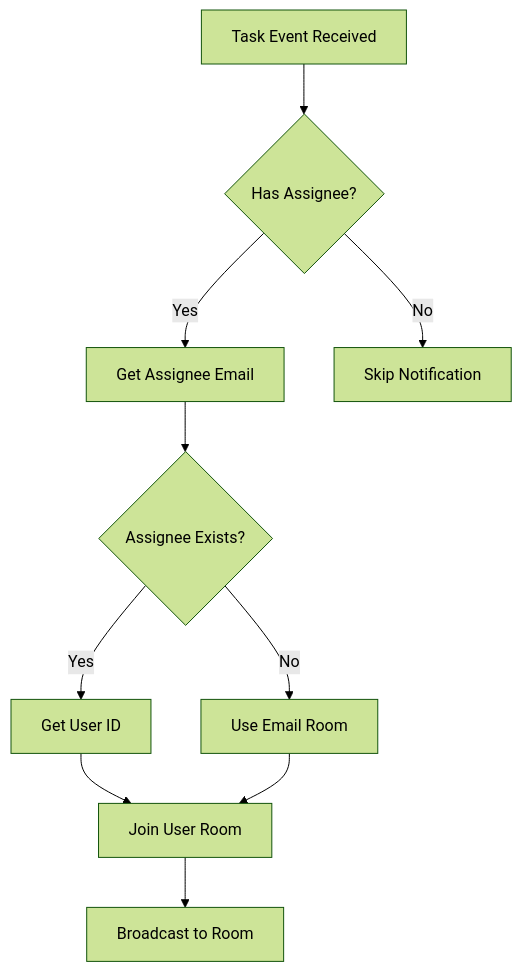
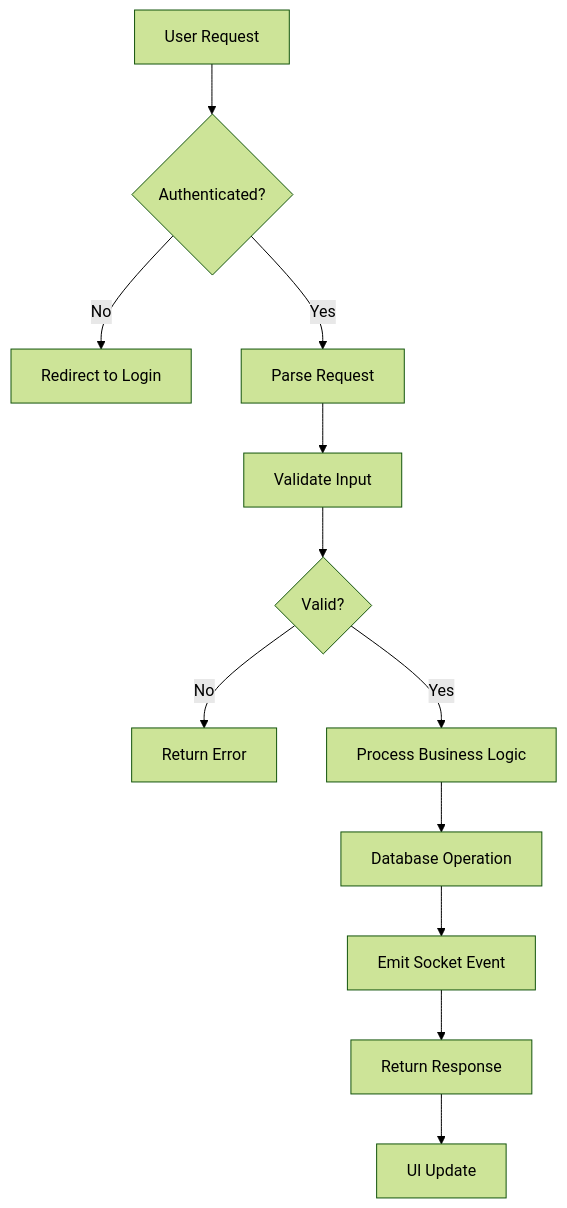
One commit to anshsharmacse/taskflow-socket changed the fifth of 39 diagrams in README.md. Above: the diagram before and after it, drawn with Mermaid (forest theme). The commit also changed other lines of this file, not shown here.

````diff
--- a/README.md
+++ b/README.md
@@ -208,12 +272,14 @@
 ```mermaid
 flowchart TD
-    A[Task Event Received] --> B{Has Assignee?}
-    B -->|Yes| C[Get Assignee Email]
-    B -->|No| D[Skip Notification]
-    C --> E{Assignee Exists?}
-    E -->|Yes| F[Get User ID]
-    E -->|No| G[Use Email Room]
-    F --> H[Join User Room]
-    G --> H
-    H --> I[Broadcast to Room]
+    A[User Request] --> B{Authenticated?}
+    B -->|No| C[Redirect to Login]
+    B -->|Yes| D[Parse Request]
+    D --> E[Validate Input]
+    E --> F{Valid?}
+    F -->|No| G[Return Error]
+    F -->|Yes| H[Process Business Logic]
+    H --> I[Database Operation]
+    I --> J[Emit Socket Event]
+    J --> K[Return Response]
+    K --> L[UI Update]
 ```
````
